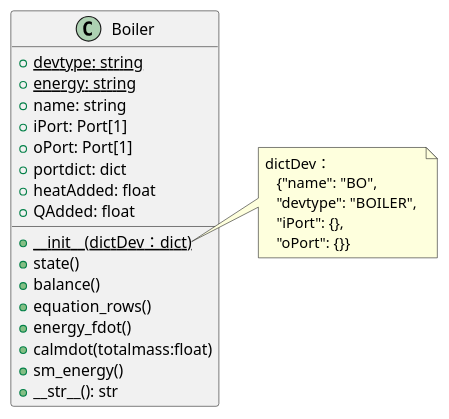
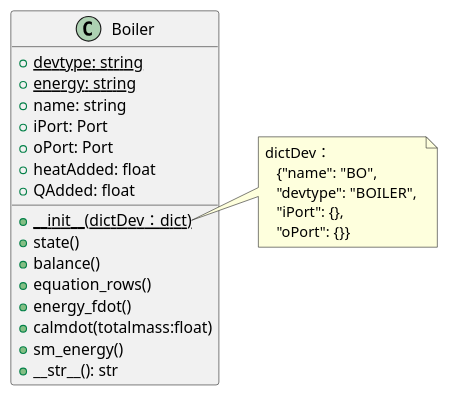
Before and after one commit to thermalogic/PyRankine: the diagram in uml/Boiler.puml, drawn with PlantUML. The commit also changed 22 other files, not shown here.

```diff
--- a/uml/Boiler.puml
+++ b/uml/Boiler.puml
@@ -1,28 +1,27 @@
 @startuml
 class Boiler{
     + {static} devtype: string 
     + {static} energy: string
     + name: string 
-    + iPort: Port[1]
-    + oPort: Port[1]
-    + portdict: dict
+    + iPort: Port
+    + oPort: Port
     + heatAdded: float  
     + QAdded: float 
     + {static} __init__(dictDev：dict)
     + state()
     + balance()
     + equation_rows()
     + energy_fdot()
     + calmdot(totalmass:float)
     + sm_energy()
     +__str__(): str
 }
 note right of Boiler::__init__
   dictDev： 
      {"name": "BO",
      "devtype": "BOILER", 
      "iPort": {},
      "oPort": {}}
 end note
 
 @enduml
```
